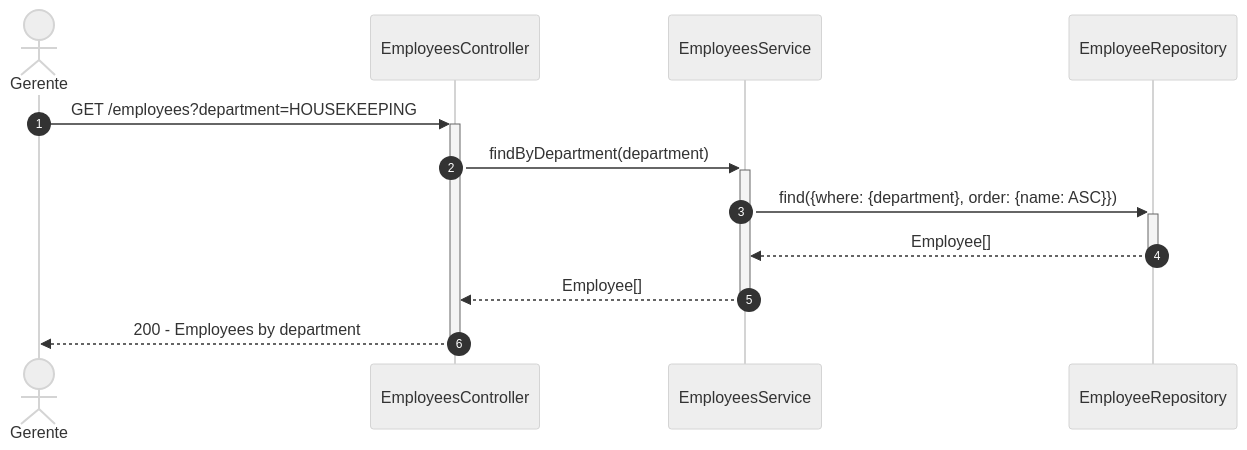
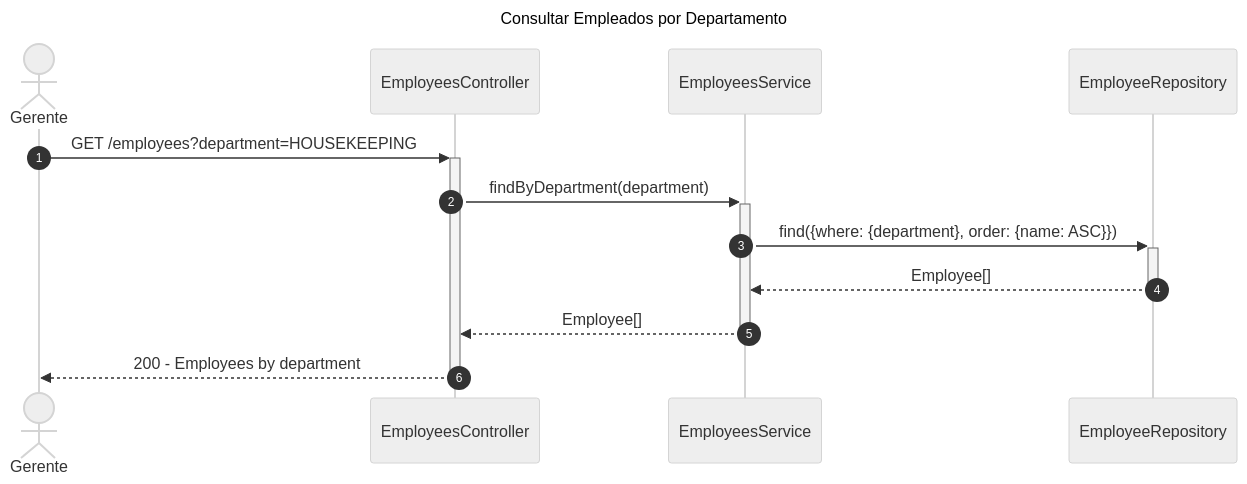
Before and after one commit to Nick220505/hotelier-backend: the second of 7 diagrams in diagrams/sequence/employees-sequence-diagram.md, drawn with Mermaid (neutral theme). The commit also changed other lines of this file and 5 other files, not shown here.

Commit message:
Add titles to sequence diagrams for Billing, Employees, Inventory, Reservations, Restaurant, and Users modules

````diff
--- a/diagrams/sequence/employees-sequence-diagram.md
+++ b/diagrams/sequence/employees-sequence-diagram.md
@@ -28,17 +31,20 @@
 ```mermaid
+---
+title: Consultar Empleados por Departamento
+---
 sequenceDiagram
     autonumber
     actor Gerente
     participant Controller as EmployeesController
     participant Service as EmployeesService
     participant EmployeeRepo as EmployeeRepository
 
     Gerente->>+Controller: GET /employees?department=HOUSEKEEPING
     Controller->>+Service: findByDepartment(department)
     
     Service->>+EmployeeRepo: find({where: {department}, order: {name: ASC}})
     EmployeeRepo-->>-Service: Employee[]
     
     Service-->>-Controller: Employee[]
     Controller-->>-Gerente: 200 - Employees by department
 ```
````
